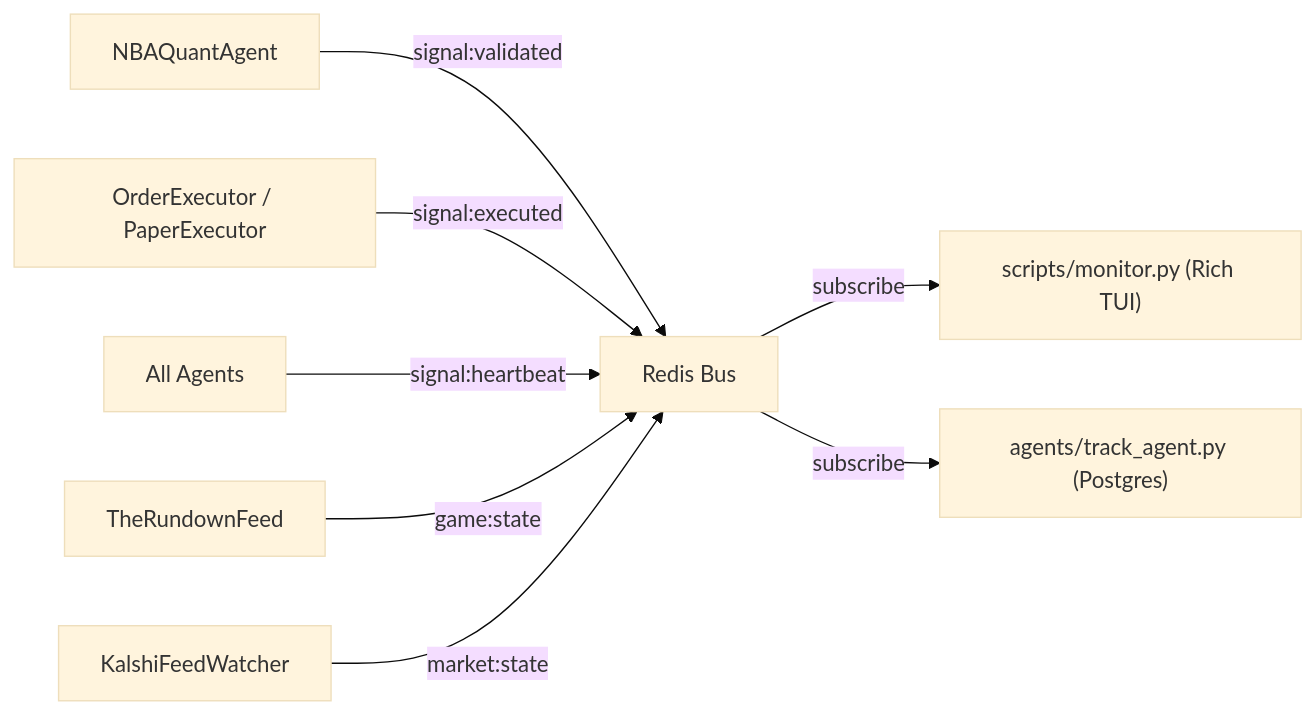
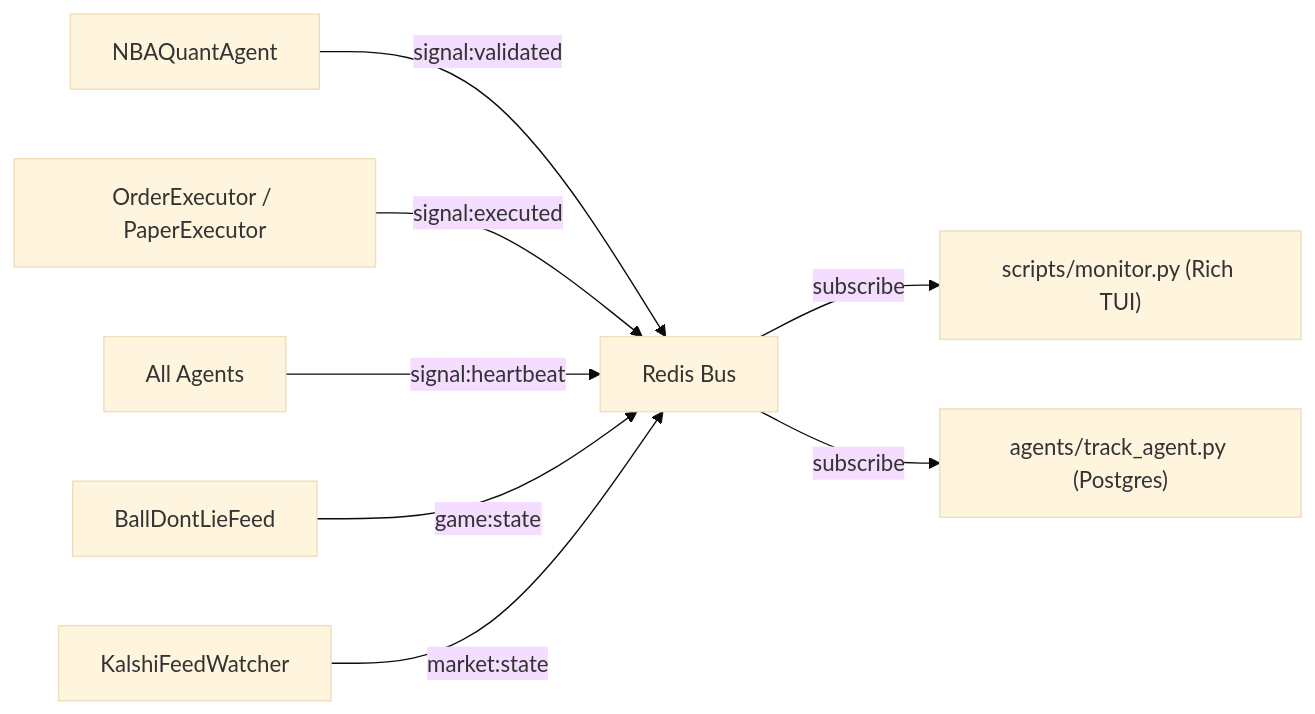
Before and after one commit to shreyasshivashankar/argus: the diagram in docs/MONITORING.md, drawn with Mermaid (base theme). The commit also changed 12 other files, not shown here.

````diff
--- a/docs/MONITORING.md
+++ b/docs/MONITORING.md
@@ -7,11 +7,11 @@
 ```mermaid
 flowchart LR
     QuantAgent["NBAQuantAgent"] -->|"signal:validated"| Redis["Redis Bus"]
     Executor["OrderExecutor / PaperExecutor"] -->|"signal:executed"| Redis
     BaseAgent["All Agents"] -->|"signal:heartbeat"| Redis
-    SportsFeed["TheRundownFeed"] -->|"game:state"| Redis
+    SportsFeed["BallDontLieFeed"] -->|"game:state"| Redis
     KalshiFeed["KalshiFeedWatcher"] -->|"market:state"| Redis
 
     Redis -->|subscribe| Monitor["scripts/monitor.py (Rich TUI)"]
     Redis -->|subscribe| Tracker["agents/track_agent.py (Postgres)"]
 ```
````
